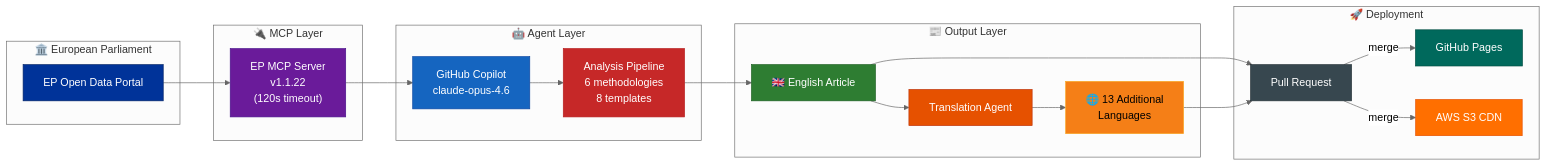
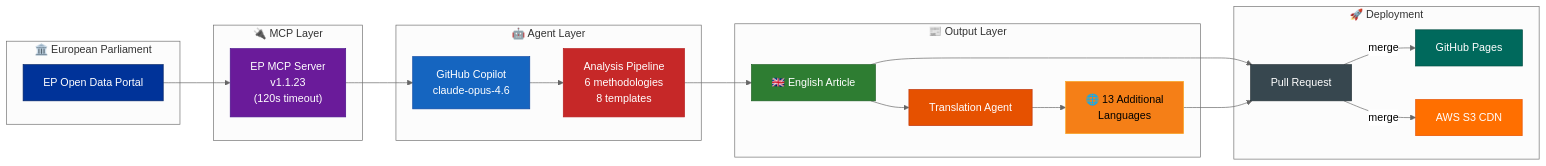
Diagram 21 of 21 in WORKFLOWS.md (Hack23/euparliamentmonitor), drawn with Mermaid (neutral theme) before and after one commit. The commit also changed other lines of this file and 31 other files, not shown here.

First line of the commit message:
chore: bump EP MCP server references to 1.1.23 across workflows and MCP config

````diff
--- a/WORKFLOWS.md
+++ b/WORKFLOWS.md
@@ -1746,42 +1746,42 @@
 ```mermaid
 flowchart LR
     subgraph "🏛️ European Parliament"
         EP["EP Open Data Portal"]
     end
 
     subgraph "🔌 MCP Layer"
-        MCP["EP MCP Server<br/>v1.1.22<br/>(120s timeout)"]
+        MCP["EP MCP Server<br/>v1.1.23<br/>(120s timeout)"]
     end
 
     subgraph "🤖 Agent Layer"
         Agent["GitHub Copilot<br/>claude-opus-4.6"]
         Analyze["Analysis Pipeline<br/>6 methodologies<br/>8 templates"]
     end
 
     subgraph "📰 Output Layer"
         EN["🇬🇧 English Article"]
         Translate["Translation Agent"]
         Multi["🌐 13 Additional<br/>Languages"]
     end
 
     subgraph "🚀 Deployment"
         PR["Pull Request"]
         Pages["GitHub Pages"]
         S3["AWS S3 CDN"]
     end
 
     EP --> MCP --> Agent --> Analyze --> EN --> PR
     EN --> Translate --> Multi --> PR
     PR --> |"merge"| Pages & S3
 
     style EP fill:#003399,stroke:#002266,color:#FFFFFF
     style MCP fill:#6A1B9A,stroke:#4A148C,color:#FFFFFF
     style Agent fill:#1565C0,stroke:#0D47A1,color:#FFFFFF
     style Analyze fill:#C62828,stroke:#B71C1C,color:#FFFFFF
     style EN fill:#2E7D32,stroke:#1B5E20,color:#FFFFFF
     style Translate fill:#E65100,stroke:#BF360C,color:#FFFFFF
     style Multi fill:#F57F17,stroke:#F9A825,color:#000000
     style PR fill:#37474F,stroke:#263238,color:#FFFFFF
     style Pages fill:#00695C,stroke:#004D40,color:#FFFFFF
     style S3 fill:#FF6F00,stroke:#E65100,color:#FFFFFF
 ```
````
